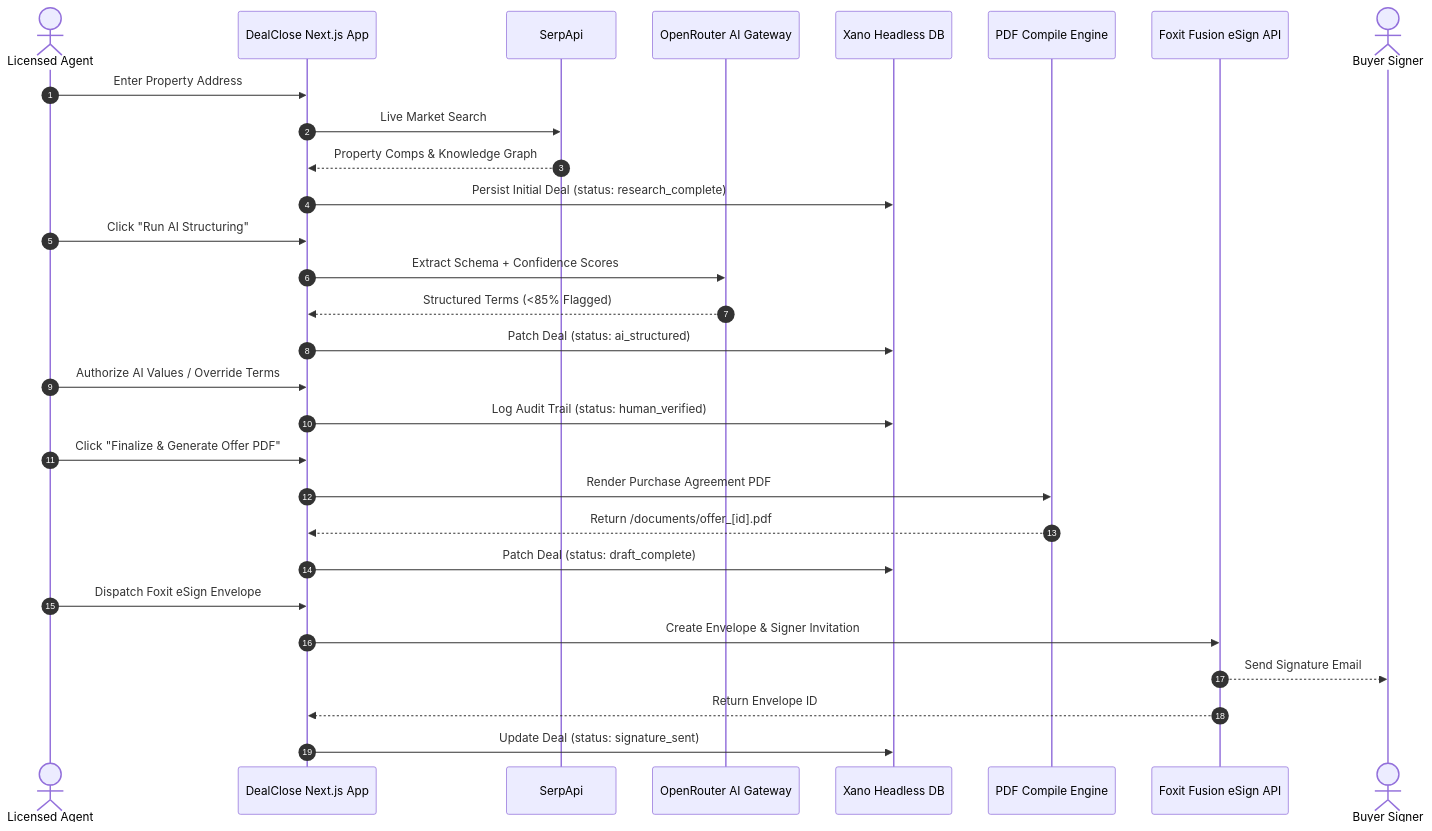
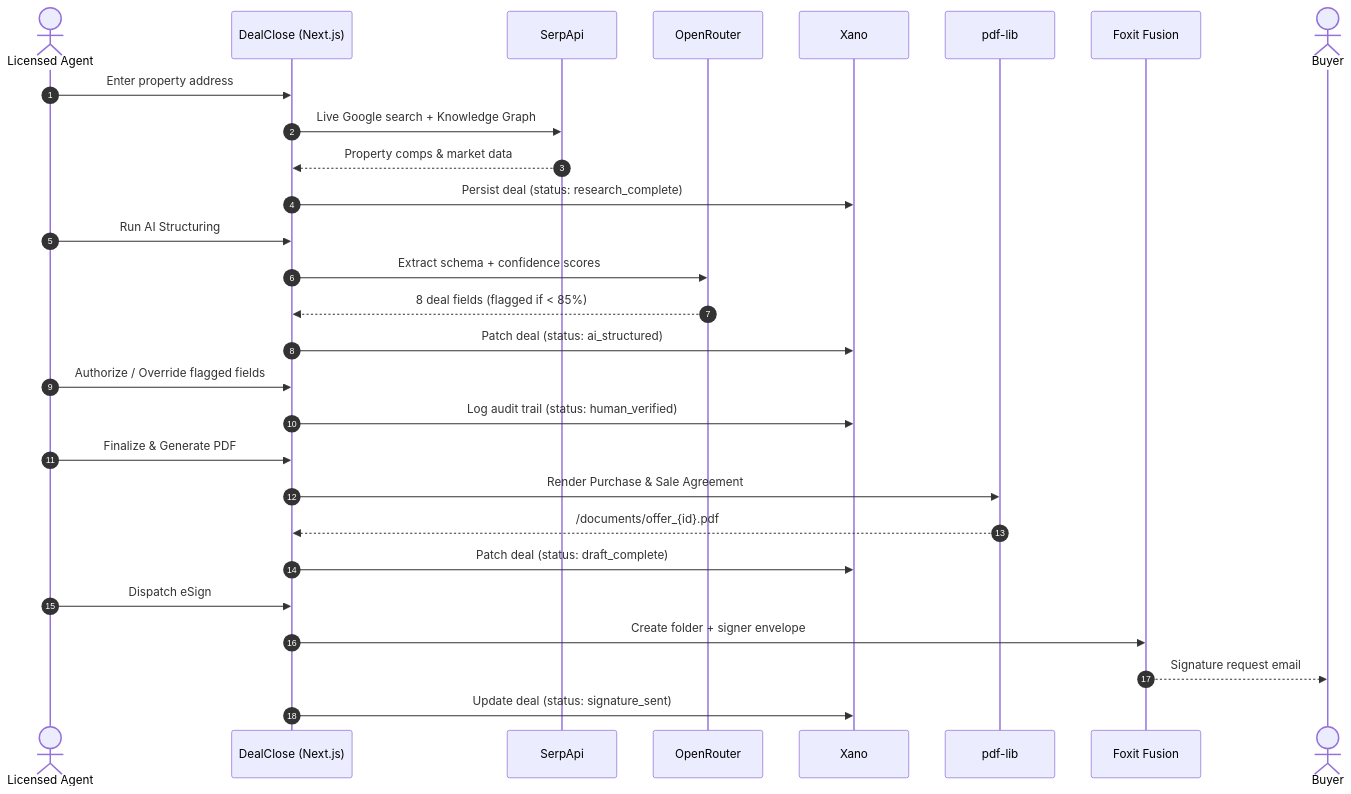
One commit to hashmessi/DealClose changed the diagram in README.md. Above: the diagram before and after it, drawn with Mermaid. The commit also changed other lines of this file, not shown here.

Commit message:
docs: rewrite README with production-quality hackathon polish and live Vercel URLs

````diff
--- a/README.md
+++ b/README.md
@@ -52,36 +71,35 @@
 ```mermaid
 sequenceDiagram
   autonumber
-  actor User as Licensed Agent
-  participant Web as DealClose Next.js App
+  actor Agent as Licensed Agent
+  participant App as DealClose (Next.js)
   participant Serp as SerpApi
-  participant AI as OpenRouter AI Gateway
-  participant DB as Xano Headless DB
-  participant PDF as PDF Compile Engine
-  participant Foxit as Foxit Fusion eSign API
-  actor Buyer as Buyer Signer
+  participant AI as OpenRouter
+  participant DB as Xano
+  participant PDF as pdf-lib
+  participant Foxit as Foxit Fusion
+  actor Buyer
 
-  User->>Web: Enter Property Address
-  Web->>Serp: Live Market Search
-  Serp-->>Web: Property Comps & Knowledge Graph
-  Web->>DB: Persist Initial Deal (status: research_complete)
-  
-  User->>Web: Click "Run AI Structuring"
-  Web->>AI: Extract Schema + Confidence Scores
-  AI-->>Web: Structured Terms (<85% Flagged)
-  Web->>DB: Patch Deal (status: ai_structured)
-  
-  User->>Web: Authorize AI Values / Override Terms
-  Web->>DB: Log Audit Trail (status: human_verified)
-  
-  User->>Web: Click "Finalize & Generate Offer PDF"
-  Web->>PDF: Render Purchase Agreement PDF
-  PDF-->>Web: Return /documents/offer_[id].pdf
-  Web->>DB: Patch Deal (status: draft_complete)
-  
-  User->>Web: Dispatch Foxit eSign Envelope
-  Web->>Foxit: Create Envelope & Signer Invitation
-  Foxit-->>Buyer: Send Signature Email
-  Foxit-->>Web: Return Envelope ID
-  Web->>DB: Update Deal (status: signature_sent)
+  Agent->>App: Enter property address
+  App->>Serp: Live Google search + Knowledge Graph
+  Serp-->>App: Property comps & market data
+  App->>DB: Persist deal (status: research_complete)
+
+  Agent->>App: Run AI Structuring
+  App->>AI: Extract schema + confidence scores
+  AI-->>App: 8 deal fields (flagged if < 85%)
+  App->>DB: Patch deal (status: ai_structured)
+
+  Agent->>App: Authorize / Override flagged fields
+  App->>DB: Log audit trail (status: human_verified)
+
+  Agent->>App: Finalize & Generate PDF
+  App->>PDF: Render Purchase & Sale Agreement
+  PDF-->>App: /documents/offer_{id}.pdf
+  App->>DB: Patch deal (status: draft_complete)
+
+  Agent->>App: Dispatch eSign
+  App->>Foxit: Create folder + signer envelope
+  Foxit-->>Buyer: Signature request email
+  App->>DB: Update deal (status: signature_sent)
 ```
````
